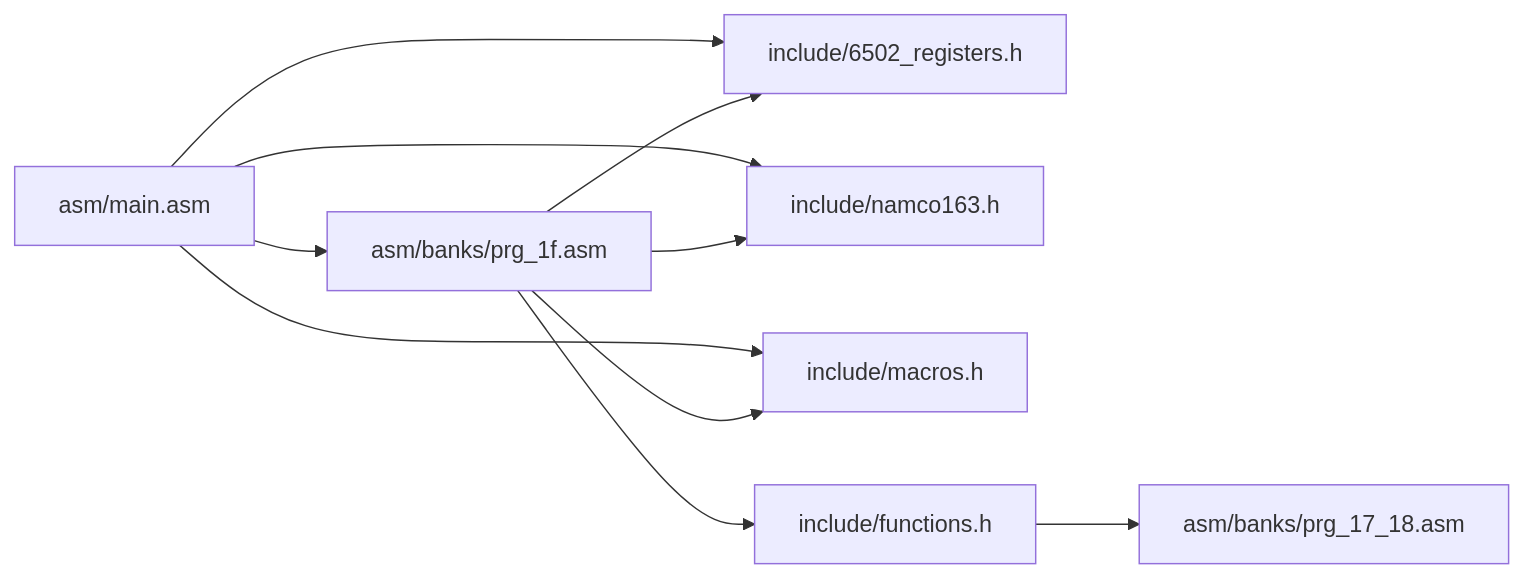
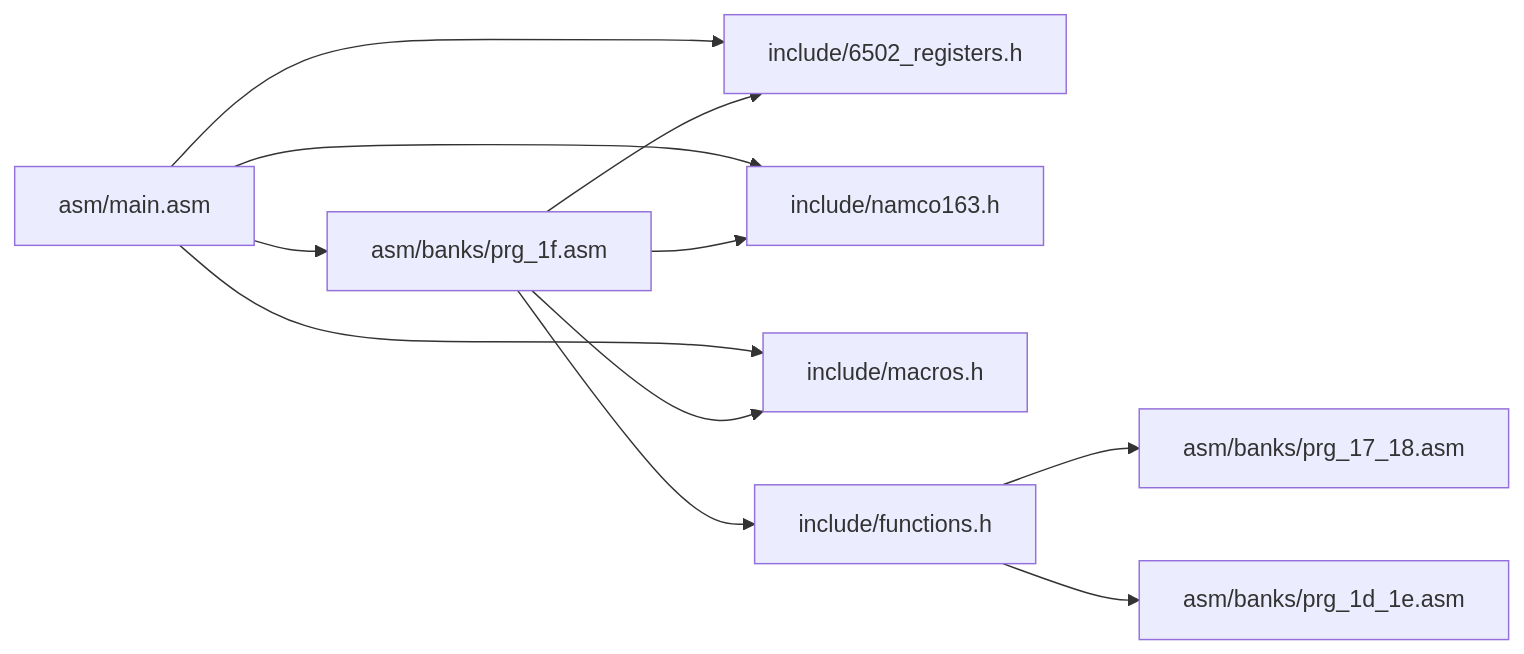
One commit to rabbyzero/sango2dasm changed the seventh of 7 diagrams in .qoder/repowiki/en/content/Data Access and Memory Management/Memory Organization and Addressing.md. Above: the diagram before and after it, drawn with Mermaid. The commit also changed other lines of this file and 15 other files, not shown here.

````diff
--- a/.qoder/repowiki/en/content/Data Access and Memory Management/Memory Organization and Addressing.md
+++ b/.qoder/repowiki/en/content/Data Access and Memory Management/Memory Organization and Addressing.md
@@ -399,12 +429,13 @@
 ```mermaid
 graph LR
 MAIN["asm/main.asm"] --> REGS["include/6502_registers.h"]
 MAIN --> MAP["include/namco163.h"]
 MAIN --> MAC["include/macros.h"]
 MAIN --> PRG1F["asm/banks/prg_1f.asm"]
 PRG1F --> REGS
 PRG1F --> MAP
 PRG1F --> MAC
 PRG1F --> FUNC["include/functions.h"]
 FUNC --> BANK17_18["asm/banks/prg_17_18.asm"]
+FUNC --> BANK1D_1E["asm/banks/prg_1d_1e.asm"]
 ```
````
